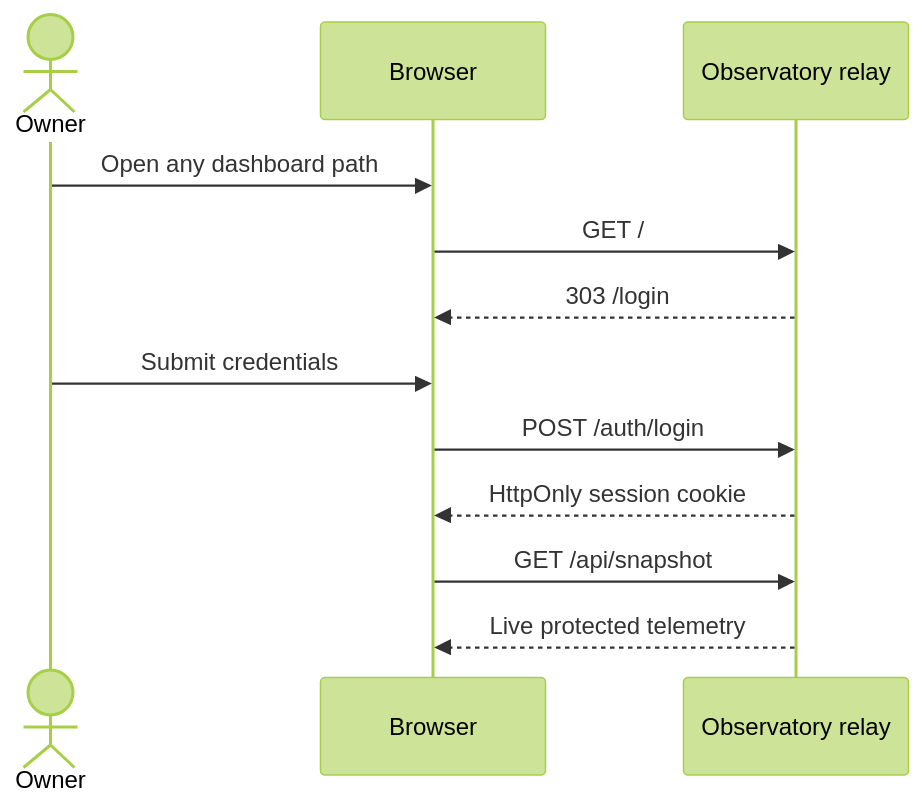
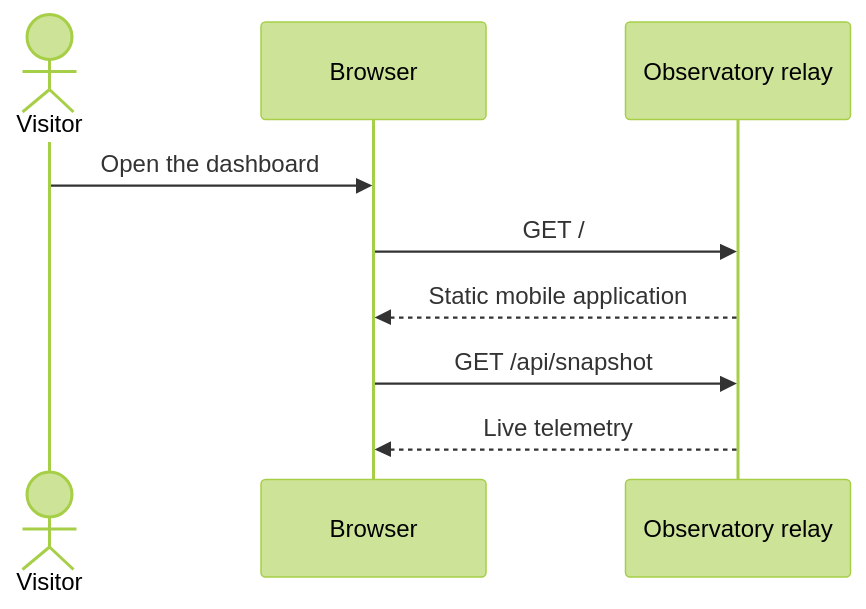
The diagram in wiki-site/docs/getting-started.md (ramideltoro/antenna_observatory), drawn with Mermaid (forest theme) before and after one commit. The commit also changed other lines of this file and 44 other files, not shown here.

````diff
--- a/wiki-site/docs/getting-started.md
+++ b/wiki-site/docs/getting-started.md
@@ -9,14 +7,11 @@
 ```mermaid
 sequenceDiagram
-    actor Owner
+    actor Visitor
     participant Browser
     participant App as Observatory relay
-    Owner->>Browser: Open any dashboard path
+    Visitor->>Browser: Open the dashboard
     Browser->>App: GET /
-    App-->>Browser: 303 /login
-    Owner->>Browser: Submit credentials
-    Browser->>App: POST /auth/login
-    App-->>Browser: HttpOnly session cookie
+    App-->>Browser: Static mobile application
     Browser->>App: GET /api/snapshot
-    App-->>Browser: Live protected telemetry
+    App-->>Browser: Live telemetry
 ```
````
